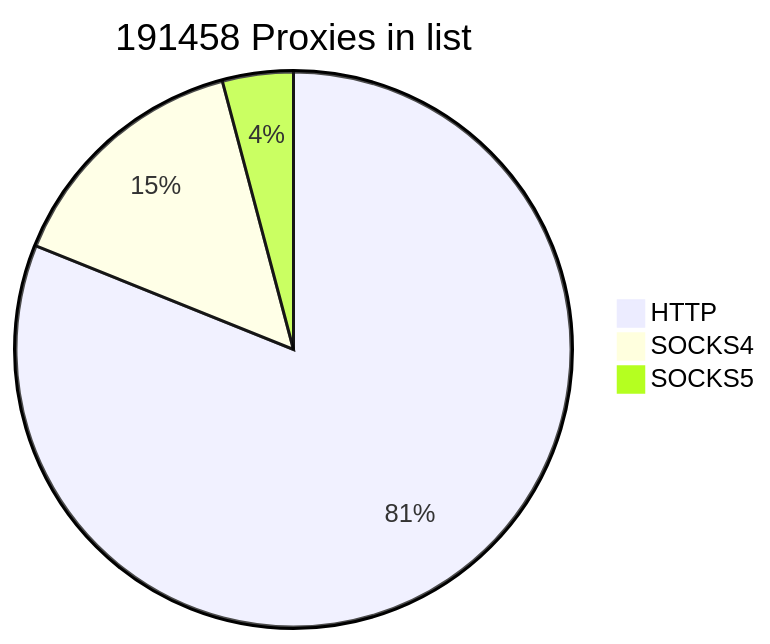
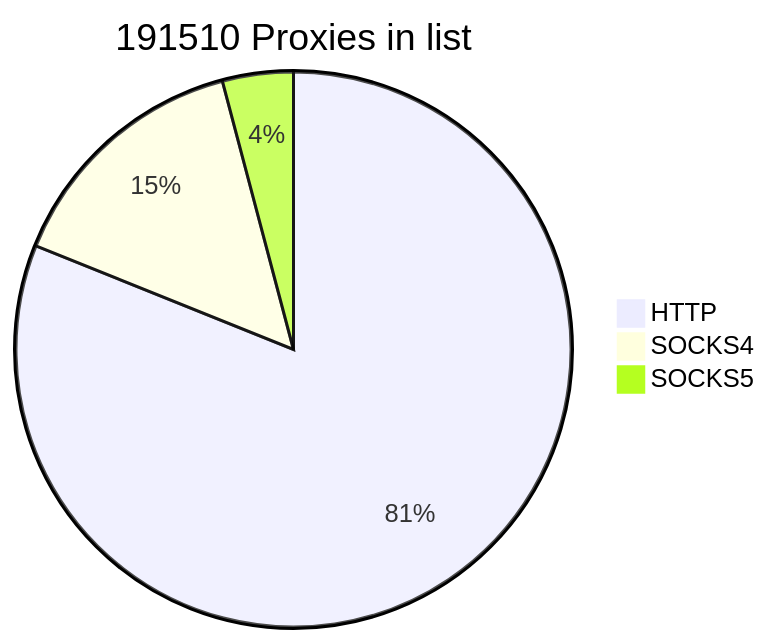
Before and after one commit to cutipu/proxylist: the first of 2 diagrams in README.md, drawn with Mermaid. The commit also changed other lines of this file, not shown here.

````diff
--- a/README.md
+++ b/README.md
@@ -2,7 +2,7 @@
 ```mermaid
-pie title 191458 Proxies in list
-    "HTTP" : 155257
-    "SOCKS4" : 28306
-    "SOCKS5" : 7895
+pie title 191510 Proxies in list
+    "HTTP" : 155287
+    "SOCKS4" : 28329
+    "SOCKS5" : 7894
             
 ```
````
